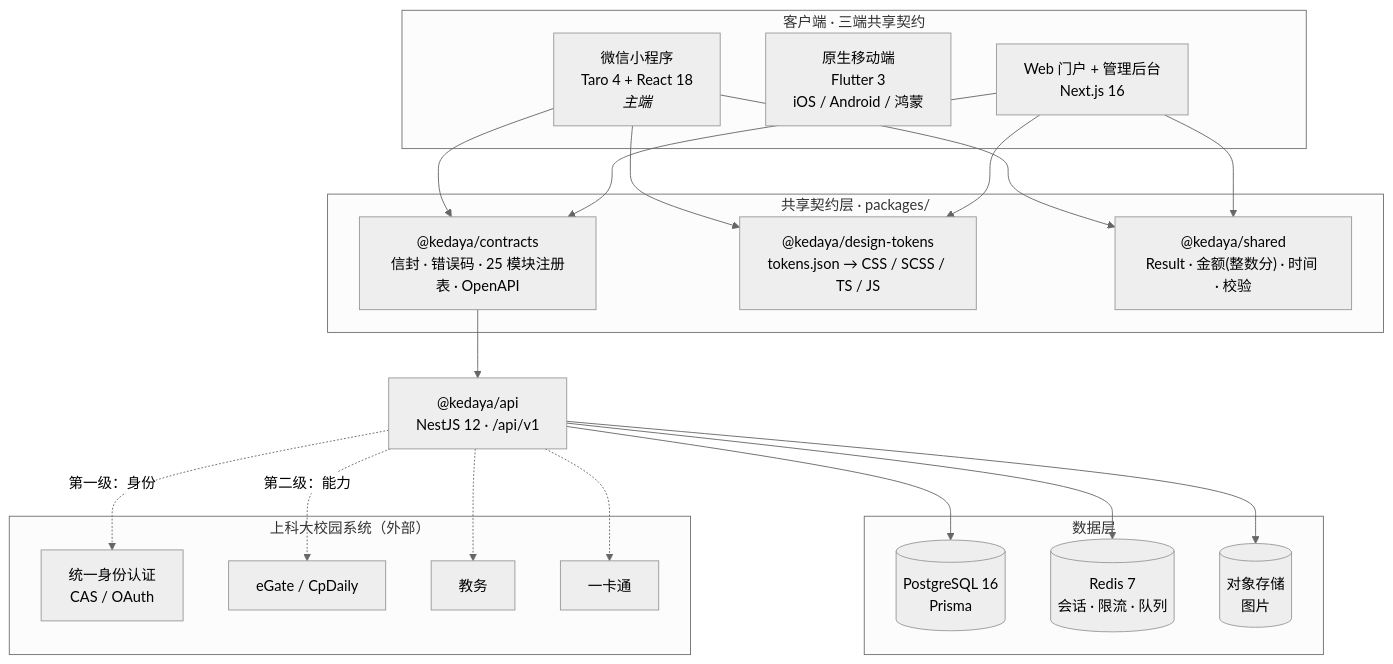
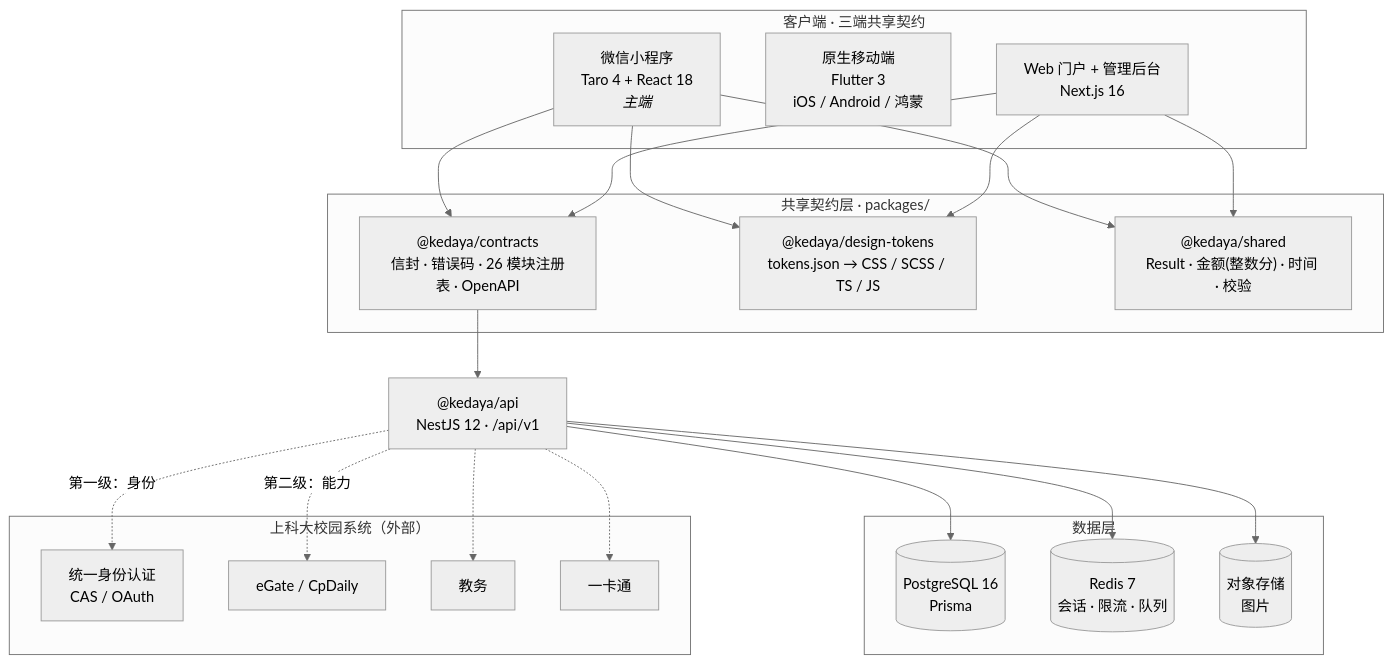
The diagram in README.md (tzhazuma/kedaya), drawn with Mermaid (neutral theme) before and after one commit. The commit also changed other lines of this file and 93 other files, not shown here.

````diff
--- a/README.md
+++ b/README.md
@@ -176,45 +182,45 @@
 ```mermaid
 graph TB
     subgraph clients["客户端 · 三端共享契约"]
         MP["微信小程序<br/>Taro 4 + React 18<br/><i>主端</i>"]
         MB["原生移动端<br/>Flutter 3<br/>iOS / Android / 鸿蒙"]
         WEB["Web 门户 + 管理后台<br/>Next.js 16"]
     end
 
     subgraph shared["共享契约层 · packages/"]
-        CON["@kedaya/contracts<br/>信封 · 错误码 · 25 模块注册表 · OpenAPI"]
+        CON["@kedaya/contracts<br/>信封 · 错误码 · 26 模块注册表 · OpenAPI"]
         TOK["@kedaya/design-tokens<br/>tokens.json → CSS / SCSS / TS / JS"]
         SHR["@kedaya/shared<br/>Result · 金额(整数分) · 时间 · 校验"]
     end
 
     API["@kedaya/api<br/>NestJS 12 · /api/v1"]
 
     subgraph data["数据层"]
         PG[("PostgreSQL 16<br/>Prisma")]
         RD[("Redis 7<br/>会话 · 限流 · 队列")]
         OSS[("对象存储<br/>图片")]
     end
 
     subgraph campus["上科大校园系统（外部）"]
         SSO["统一身份认证<br/>CAS / OAuth"]
         EGATE["eGate / CpDaily"]
         JW["教务"]
         CARD["一卡通"]
     end
 
     MP --> CON
     WEB --> CON
     MP --> TOK
     WEB --> TOK
     MP --> SHR
     WEB --> SHR
 
     CON --> API
     API --> PG
     API --> RD
     API --> OSS
     API -.->|第一级：身份| SSO
     API -.->|第二级：能力| EGATE
     API -.-> JW
     API -.-> CARD
 ```
````
